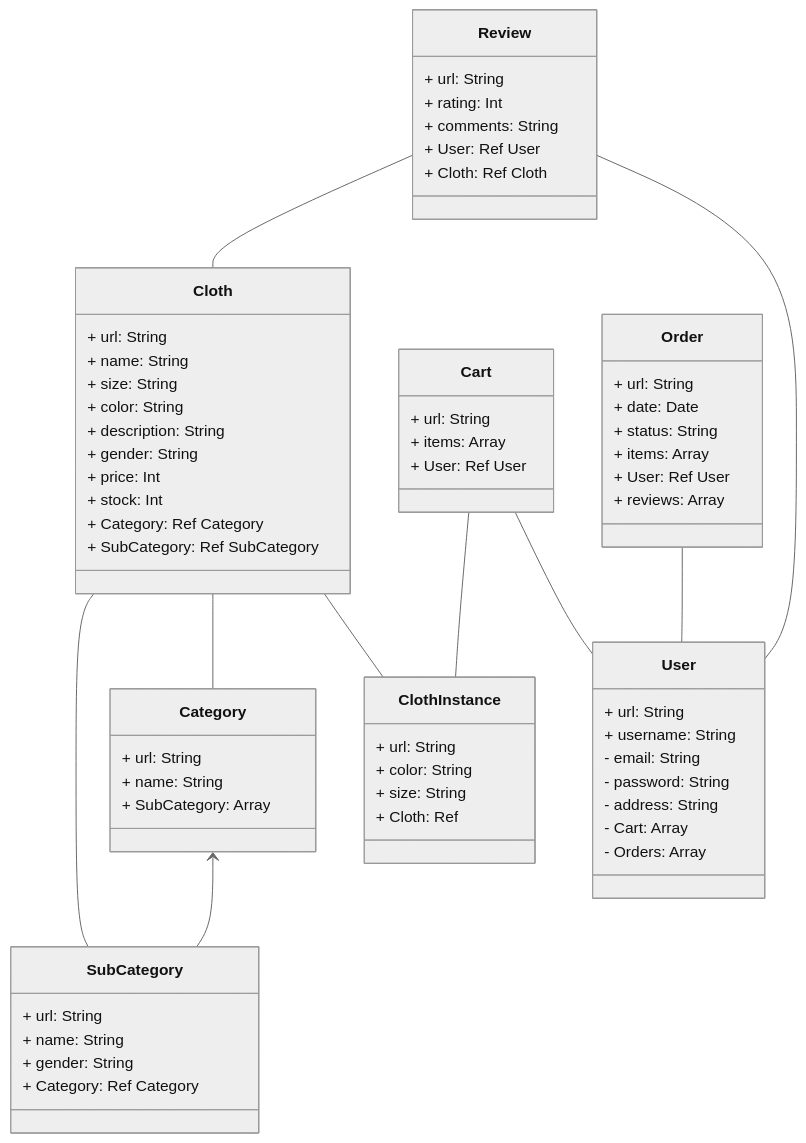
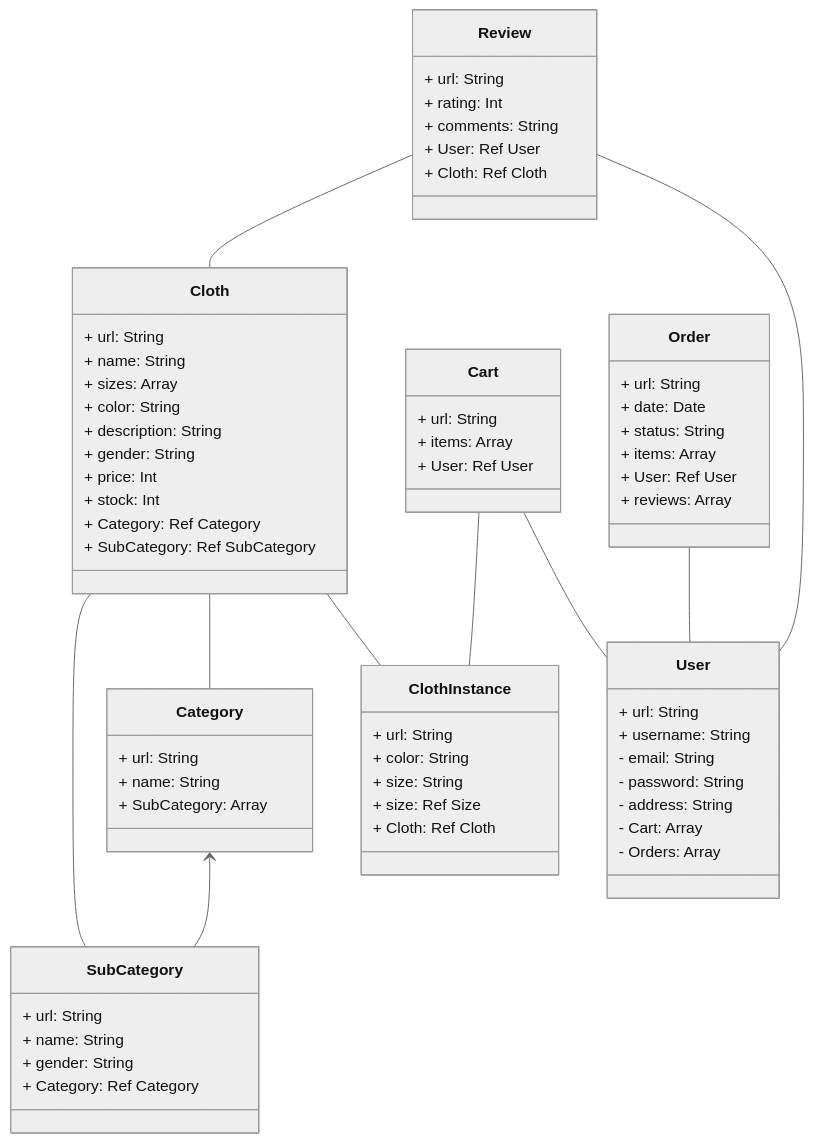
The diagram in README.md (aScHEABL/inventory-application), drawn with Mermaid (neutral theme) before and after one commit. The commit also changed 10 other files, not shown here.

Commit message:
init: schema

````diff
--- a/README.md
+++ b/README.md
@@ -2,79 +2,80 @@
 ```mermaid
 classDiagram
     Cloth -- ClothInstance
     Cloth -- Category
     Cloth -- SubCategory
     Category <-- SubCategory
     Cart -- User
     Order -- User
     Review -- User
     Review -- Cloth
     Cart -- ClothInstance
 
     class Cloth {
         + url: String
         + name: String
-        + size: String
+        + sizes: Array<Ref Size>
         + color: String
         + description: String
         + gender: String
         + price: Int
         + stock: Int
         + Category: Ref Category
         + SubCategory: Ref SubCategory
     }
 
     class ClothInstance {
         + url: String
         + color: String
         + size: String
-        + Cloth: Ref
+        + size: Ref Size
+        + Cloth: Ref Cloth
     }
 
     class Category {
         + url: String
         + name: String
         + SubCategory: Array<Ref SubCategory>
     }
 
     class SubCategory {
         + url: String
         + name: String
         + gender: String
         + Category: Ref Category
     }
 
     class User {
         + url: String
         + username: String
         - email: String
         - password: String
         - address: String
         - Cart: Array<Ref Cart>
         - Orders: Array<Ref Order>
     }
 
     class Order {
         + url: String
         + date: Date
         + status: String
         + items: Array<Ref ClothInstance>
         + User: Ref User
         + reviews: Array<Ref Review>
     }
 
     class Review {
         + url: String
         + rating: Int
         + comments: String
         + User: Ref User
         + Cloth: Ref Cloth
     }
 
     class Cart {
         + url: String
         + items: Array<Ref ClothInstance>
         + User: Ref User
     }
 
 ```
````
